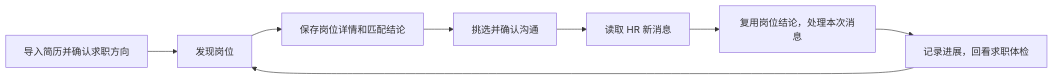
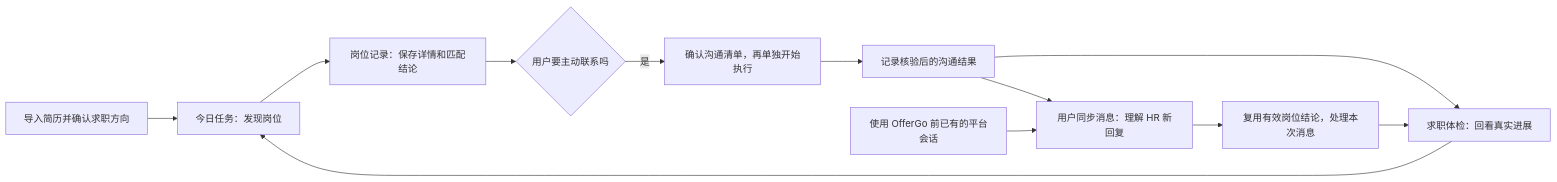
One commit to daydreamer0213/OfferGo changed the first of 16 diagrams in docs/offergo-product-module-flows.md. Above: the diagram before and after it, drawn with Mermaid. The commit also changed other lines of this file, not shown here.

Commit message:
docs: correct OfferGo module flow diagrams against code

````diff
--- a/docs/offergo-product-module-flows.md
+++ b/docs/offergo-product-module-flows.md
@@ -15,10 +15,14 @@
 ```mermaid
 flowchart LR
-  A[导入简历并确认求职方向] --> B[发现岗位]
-  B --> C[保存岗位详情和匹配结论]
-  C --> D[挑选并确认沟通]
-  D --> E[读取 HR 新消息]
-  E --> F[复用岗位结论，处理本次消息]
-  F --> G[记录进展，回看求职体检]
-  G --> B
+  A[导入简历并确认求职方向] --> B[今日任务：发现岗位]
+  B --> C[岗位记录：保存详情和匹配结论]
+  C --> D{用户要主动联系吗}
+  D -- 是 --> E[确认沟通清单，再单独开始执行]
+  E --> F[记录核验后的沟通结果]
+  F --> G[用户同步消息：理解 HR 新回复]
+  H[使用 OfferGo 前已有的平台会话] --> G
+  G --> I[复用有效岗位结论，处理本次消息]
+  F --> J[求职体检：回看真实进展]
+  I --> J
+  J --> B
 ```
````
